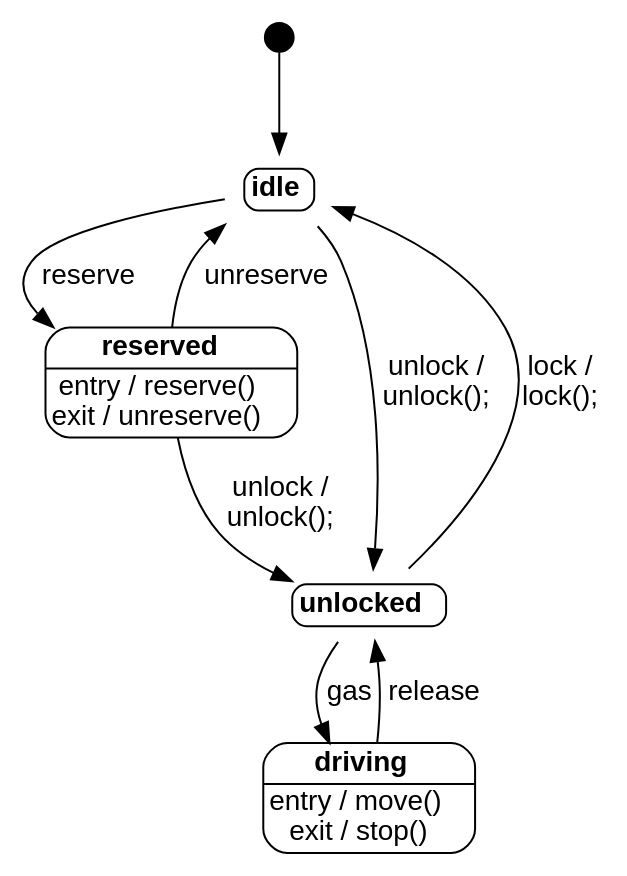
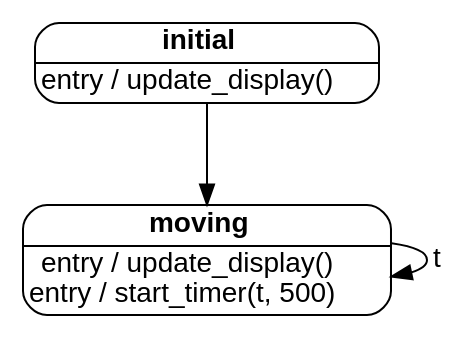
One commit to perhenrikgithub/ttm4115-komsys-project changed the diagram in graph.gv. Above: the diagram before and after it, drawn with Graphviz. The commit also changed 9 other files, not shown here.

```diff
--- a/graph.gv
+++ b/graph.gv
@@ -1,17 +1,9 @@
 digraph G {
 node [shape=box style=rounded fontname=Helvetica];
 edge [ fontname=Helvetica ];
 initial [shape=point width=0.2];
-idle [shape=plaintext margin=0 label=<<TABLE BORDER="1" CELLBORDER="0" CELLSPACING="0" STYLE="ROUNDED"><TR><TD><B>idle</B></TD></TR>
-</TABLE>>];reserved [shape=plaintext margin=0 label=<<TABLE BORDER="1" CELLBORDER="0" CELLSPACING="0" STYLE="ROUNDED"><TR><TD><B>reserved</B></TD></TR>
-<HR/><TR><TD ALIGN="LEFT">entry / reserve()<BR/>exit / unreserve()<BR/></TD></TR></TABLE>>];unlocked [shape=plaintext margin=0 label=<<TABLE BORDER="1" CELLBORDER="0" CELLSPACING="0" STYLE="ROUNDED"><TR><TD><B>unlocked</B></TD></TR>
-</TABLE>>];driving [shape=plaintext margin=0 label=<<TABLE BORDER="1" CELLBORDER="0" CELLSPACING="0" STYLE="ROUNDED"><TR><TD><B>driving</B></TD></TR>
-<HR/><TR><TD ALIGN="LEFT">entry / move()<BR/>exit / stop()<BR/></TD></TR></TABLE>>];initial -> idle [label=" "]
-idle -> reserved [label=" reserve"]
-reserved -> idle [label=" unreserve"]
-reserved -> unlocked [label=" unlock /\nunlock();\n"]
-idle -> unlocked [label=" unlock /\nunlock();\n"]
-unlocked -> idle [label=" lock /\nlock();\n"]
-unlocked -> driving [label=" gas"]
-driving -> unlocked [label=" release"]
+initial [shape=plaintext margin=0 label=<<TABLE BORDER="1" CELLBORDER="0" CELLSPACING="0" STYLE="ROUNDED"><TR><TD><B>initial</B></TD></TR>
+<HR/><TR><TD ALIGN="LEFT">entry / update_display()<BR/></TD></TR></TABLE>>];moving [shape=plaintext margin=0 label=<<TABLE BORDER="1" CELLBORDER="0" CELLSPACING="0" STYLE="ROUNDED"><TR><TD><B>moving</B></TD></TR>
+<HR/><TR><TD ALIGN="LEFT">entry / update_display()<BR/>entry / start_timer(t, 500)<BR/></TD></TR></TABLE>>];initial -> moving [label=" "]
+moving -> moving [label=" t"]
 }
```
